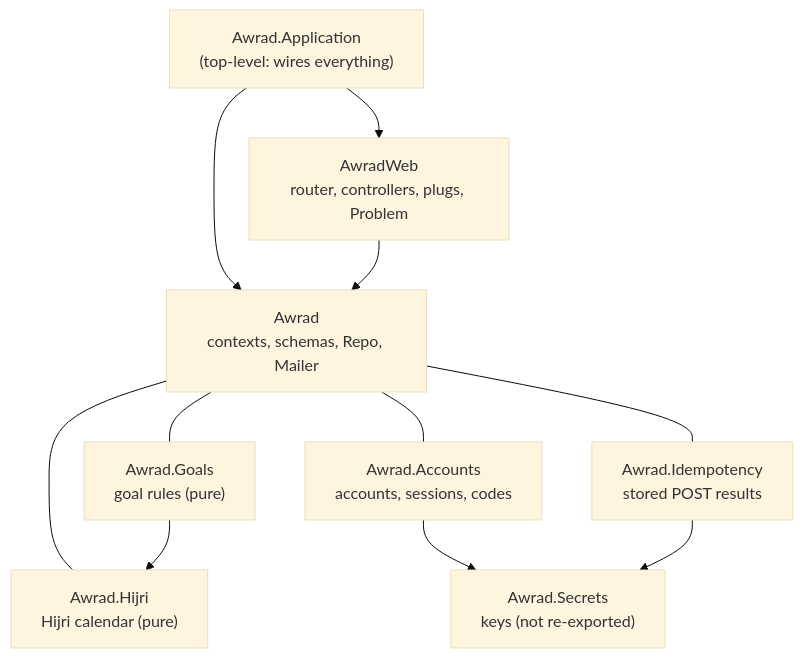
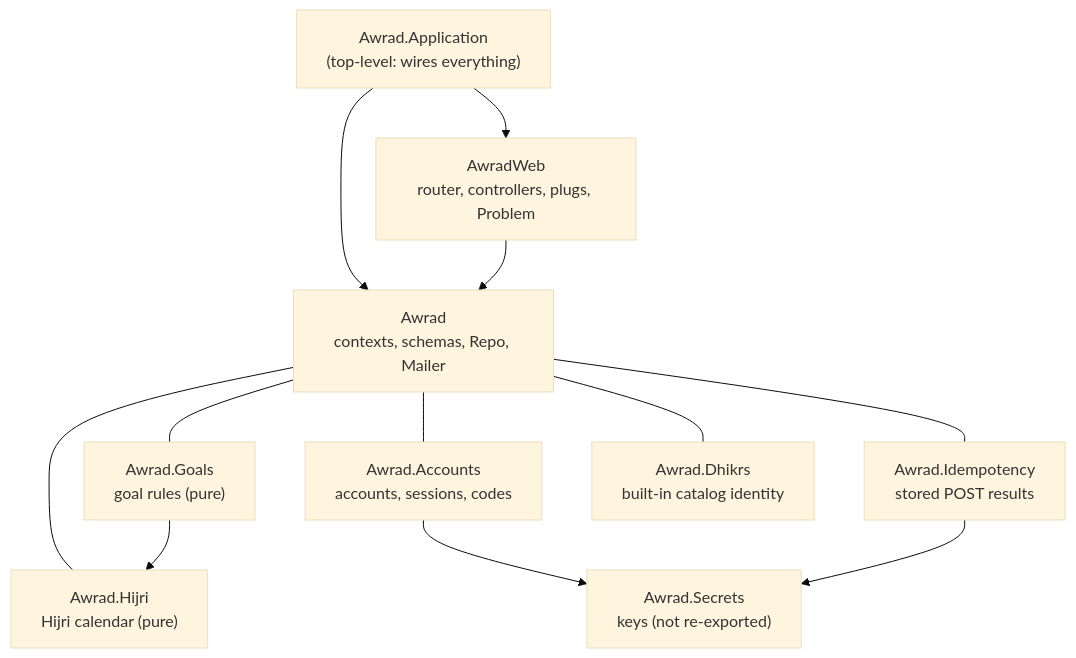
One commit to shibilyt/awrad changed the diagram in awrad-server-next/ARCHITECTURE.md. Above: the diagram before and after it, drawn with Mermaid (base theme). The commit also changed other lines of this file and 8 other files, not shown here.

First line of the commit message:
Server: compile the built-in dhikr catalog's identity (slice 3a)

````diff
--- a/awrad-server-next/ARCHITECTURE.md
+++ b/awrad-server-next/ARCHITECTURE.md
@@ -10,21 +10,23 @@
 ```mermaid
 flowchart TD
   app["Awrad.Application<br/>(top-level: wires everything)"]
   web["AwradWeb<br/>router, controllers, plugs, Problem"]
   domain["Awrad<br/>contexts, schemas, Repo, Mailer"]
   goals["Awrad.Goals<br/>goal rules (pure)"]
   hijri["Awrad.Hijri<br/>Hijri calendar (pure)"]
   accounts["Awrad.Accounts<br/>accounts, sessions, codes"]
   idem["Awrad.Idempotency<br/>stored POST results"]
+  dhikrs["Awrad.Dhikrs<br/>built-in catalog identity"]
   secrets["Awrad.Secrets<br/>keys (not re-exported)"]
   app --> web
   app --> domain
   web --> domain
   domain --- goals
   domain --- hijri
   domain --- accounts
   domain --- idem
+  domain --- dhikrs
   goals --> hijri
   accounts --> secrets
   idem --> secrets
 ```
````
